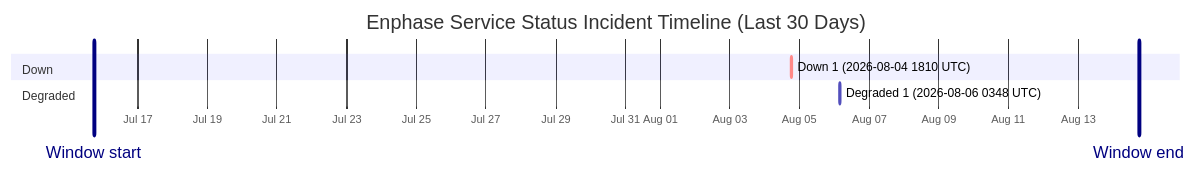
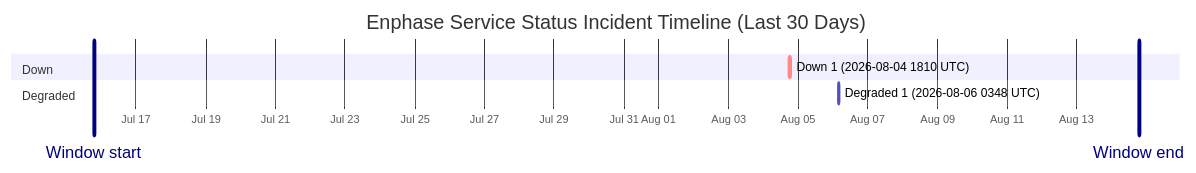
One commit to barneyonline/ha-enphase-energy changed the diagram in wiki/Service-Status-History.md. Above: the diagram before and after it, drawn with Mermaid. The commit also changed other lines of this file and 3 other files, not shown here.

````diff
--- a/wiki/Service-Status-History.md
+++ b/wiki/Service-Status-History.md
@@ -14,12 +14,12 @@
 ```mermaid
 gantt
     title Enphase Service Status Incident Timeline (Last 30 Days)
     dateFormat  YYYY-MM-DDTHH:mm:ss
     axisFormat  %b %d
-    Window start :vert, window-start, 2026-07-15T17:50:53, 0ms
-    Window end :vert, window-end, 2026-08-14T17:50:53, 0ms
+    Window start :vert, window-start, 2026-07-15T18:51:16, 0ms
+    Window end :vert, window-end, 2026-08-14T18:51:16, 0ms
     section Down
     Down 1 (2026-08-04 1810 UTC) :crit, down-1, 2026-08-04T18:10:46, 60m
     section Degraded
     Degraded 1 (2026-08-06 0348 UTC) :active, degraded-1, 2026-08-06T03:48:14, 60m
 ```
````
